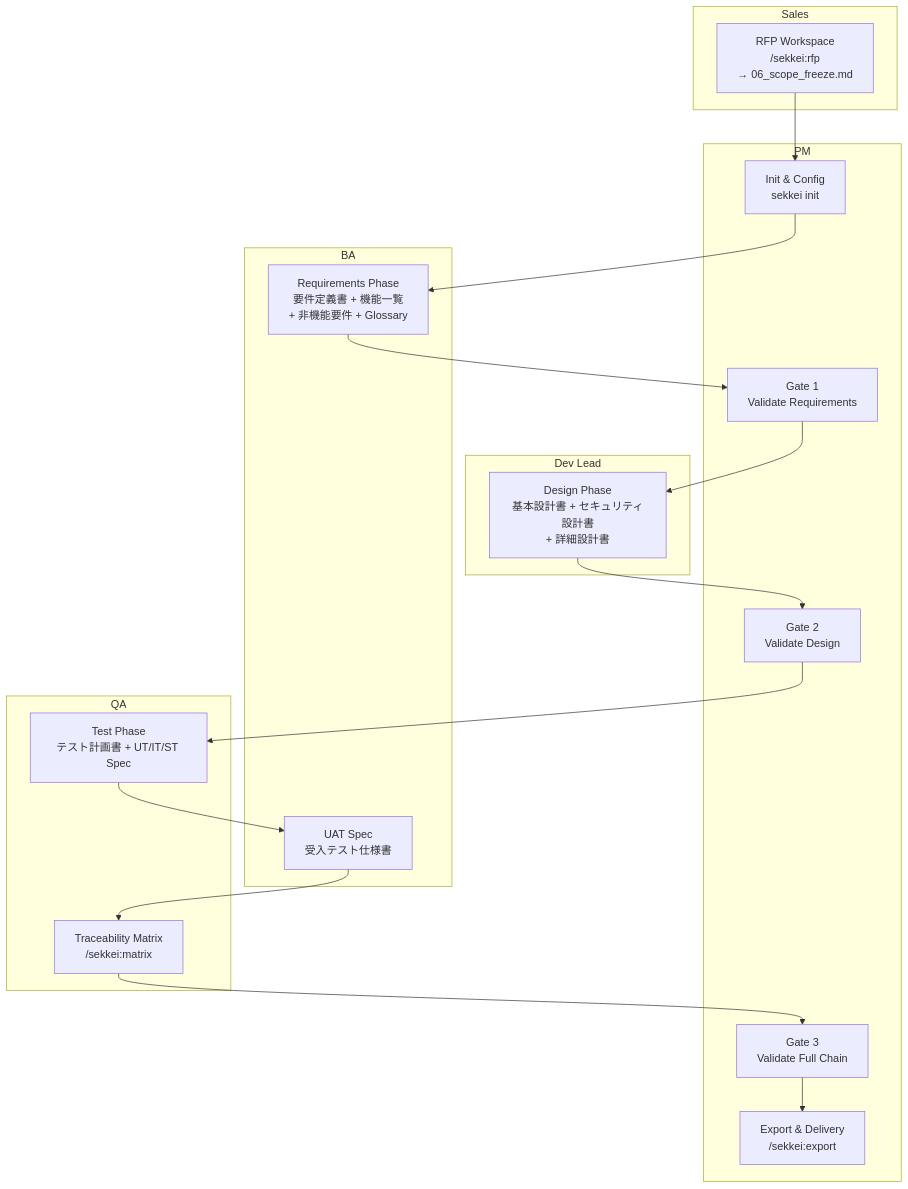
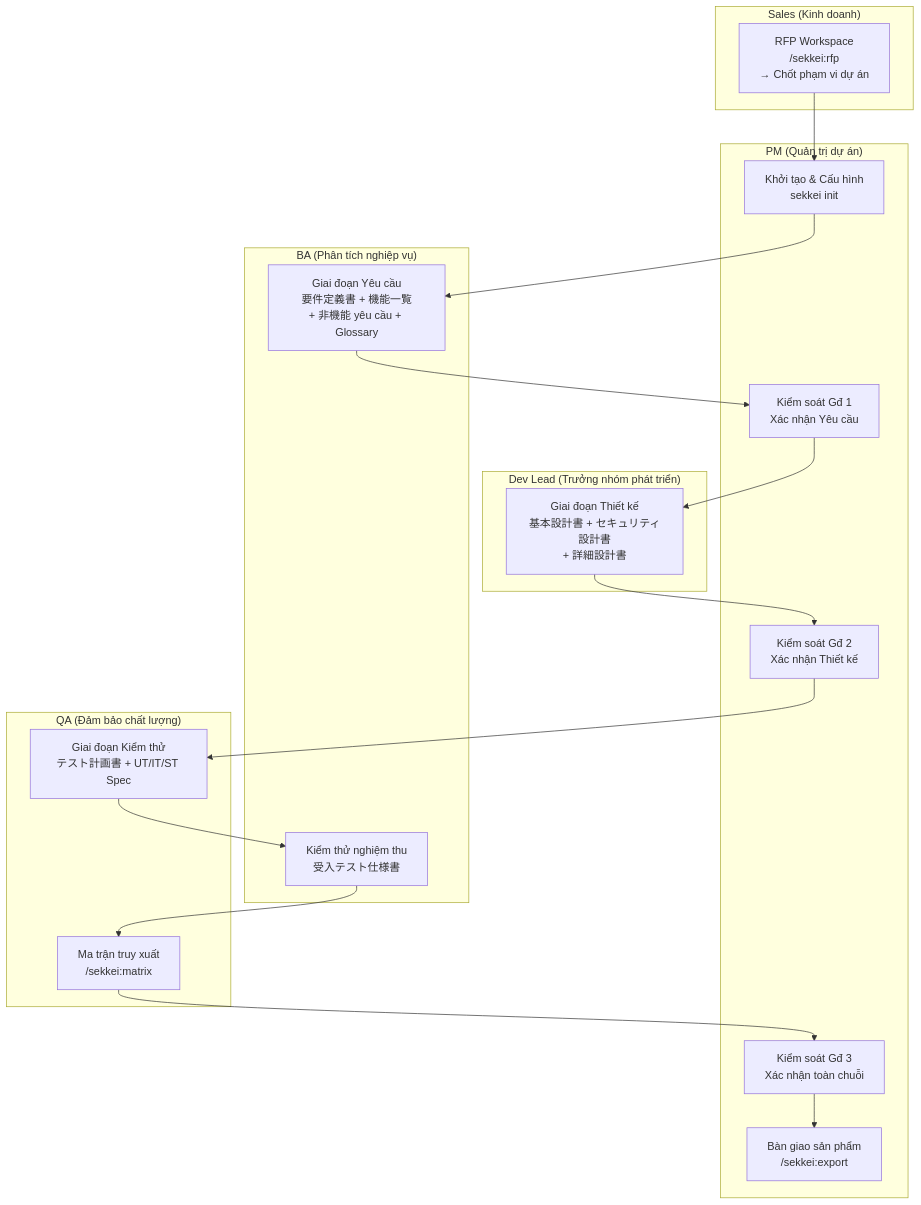
The diagram in docs/user-guide/06-team-playbook/index.md (bienhoang/sekkei-ai-agents), drawn with Mermaid before and after one commit. The commit also changed other lines of this file and 45 other files, not shown here.

````diff
--- a/docs/user-guide/06-team-playbook/index.md
+++ b/docs/user-guide/06-team-playbook/index.md
@@ -17,39 +17,39 @@
 ```mermaid
 flowchart TD
-    subgraph "Sales"
-        S1["RFP Workspace\n/sekkei:rfp\n→ 06_scope_freeze.md"]
+    subgraph "Sales (Kinh doanh)"
+        S1["RFP Workspace\n/sekkei:rfp\n→ Chốt phạm vi dự án"]
     end
 
-    subgraph "PM"
-        P1["Init & Config\nsekkei init"]
-        P2["Gate 1\nValidate Requirements"]
-        P3["Gate 2\nValidate Design"]
-        P4["Gate 3\nValidate Full Chain"]
-        P5["Export & Delivery\n/sekkei:export"]
+    subgraph "PM (Quản trị dự án)"
+        P1["Khởi tạo & Cấu hình\nsekkei init"]
+        P2["Kiểm soát Gđ 1\nXác nhận Yêu cầu"]
+        P3["Kiểm soát Gđ 2\nXác nhận Thiết kế"]
+        P4["Kiểm soát Gđ 3\nXác nhận toàn chuỗi"]
+        P5["Bàn giao sản phẩm\n/sekkei:export"]
     end
 
-    subgraph "BA"
-        B1["Requirements Phase\n要件定義書 + 機能一覧\n+ 非機能要件 + Glossary"]
-        B2["UAT Spec\n受入テスト仕様書"]
+    subgraph "BA (Phân tích nghiệp vụ)"
+        B1["Giai đoạn Yêu cầu\n要件定義書 + 機能一覧\n+ 非機能 yêu cầu + Glossary"]
+        B2["Kiểm thử nghiệm thu\n受入テスト仕様書"]
     end
 
-    subgraph "Dev Lead"
-        D1["Design Phase\n基本設計書 + セキュリティ設計書\n+ 詳細設計書"]
+    subgraph "Dev Lead (Trưởng nhóm phát triển)"
+        D1["Giai đoạn Thiết kế\n基本設計書 + セキュリティ設計書\n+ 詳細設計書"]
     end
 
-    subgraph "QA"
-        Q1["Test Phase\nテスト計画書 + UT/IT/ST Spec"]
-        Q2["Traceability Matrix\n/sekkei:matrix"]
+    subgraph "QA (Đảm bảo chất lượng)"
+        Q1["Giai đoạn Kiểm thử\nテスト計画書 + UT/IT/ST Spec"]
+        Q2["Ma trận truy xuất\n/sekkei:matrix"]
     end
 
     S1 --> P1
     P1 --> B1
     B1 --> P2
     P2 --> D1
     D1 --> P3
     P3 --> Q1
     Q1 --> B2
     B2 --> Q2
     Q2 --> P4
     P4 --> P5
 ```
````
